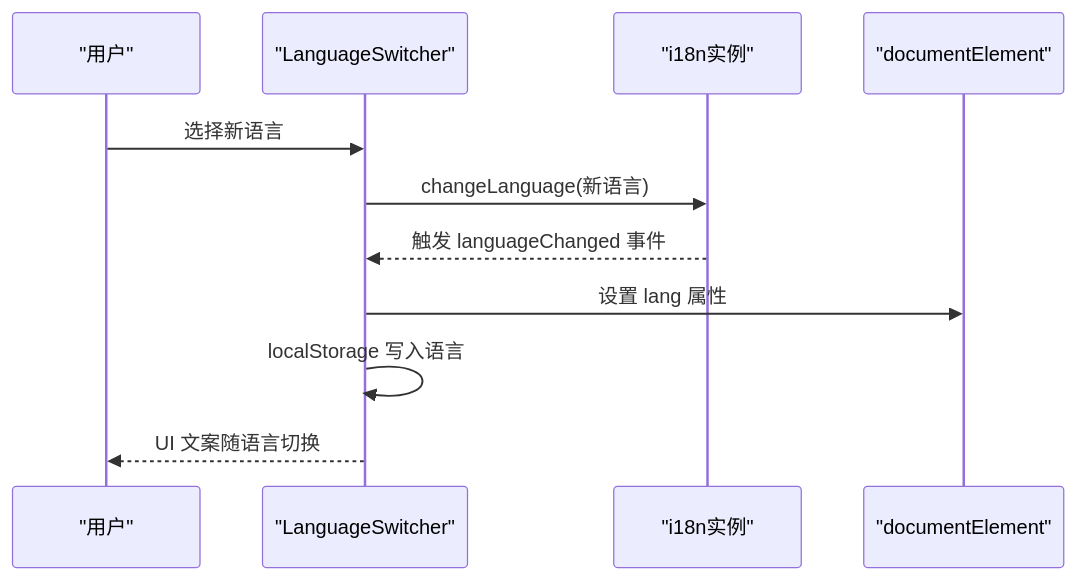
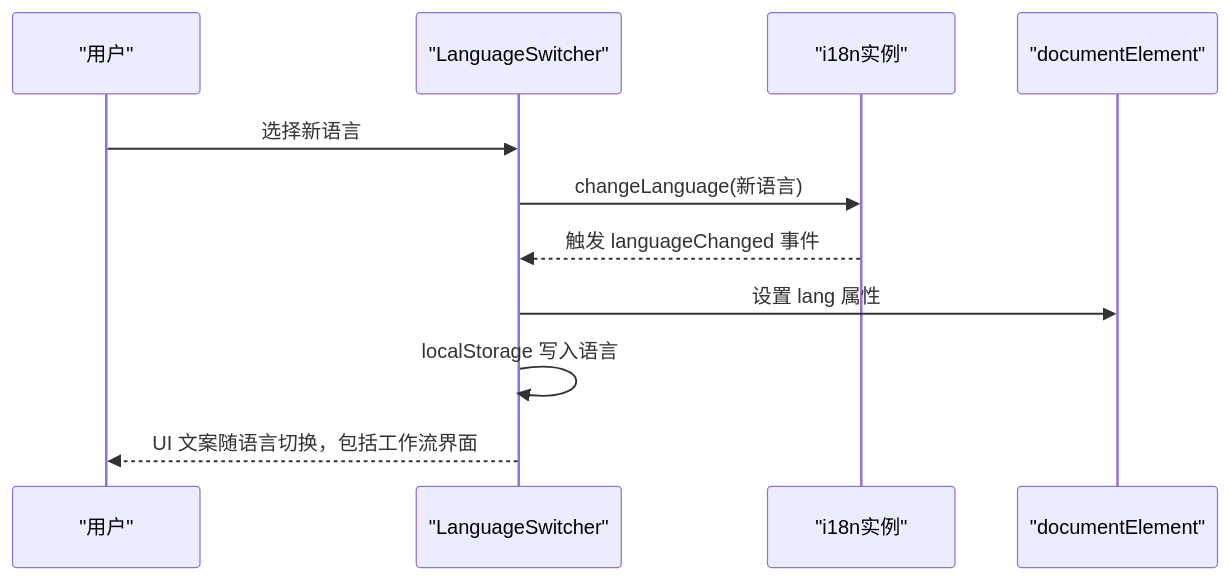
The second of 10 diagrams in .qoder/repowiki/zh/content/WebUI前端系统/国际化(i18n)系统.md (gongzeq/VAPT3), drawn with Mermaid before and after one commit. The commit also changed other lines of this file and 33 other files, not shown here.

````diff
--- a/.qoder/repowiki/zh/content/WebUI前端系统/国际化(i18n)系统.md
+++ b/.qoder/repowiki/zh/content/WebUI前端系统/国际化(i18n)系统.md
@@ -99,13 +128,13 @@
 ```mermaid
 sequenceDiagram
 participant U as "用户"
 participant LS as "LanguageSwitcher"
 participant I18N as "i18n实例"
 participant DOC as "documentElement"
 U->>LS : 选择新语言
 LS->>I18N : changeLanguage(新语言)
 I18N-->>LS : 触发 languageChanged 事件
 LS->>DOC : 设置 lang 属性
 LS->>LS : localStorage 写入语言
-LS-->>U : UI 文案随语言切换
+LS-->>U : UI 文案随语言切换，包括工作流界面
 ```
````
